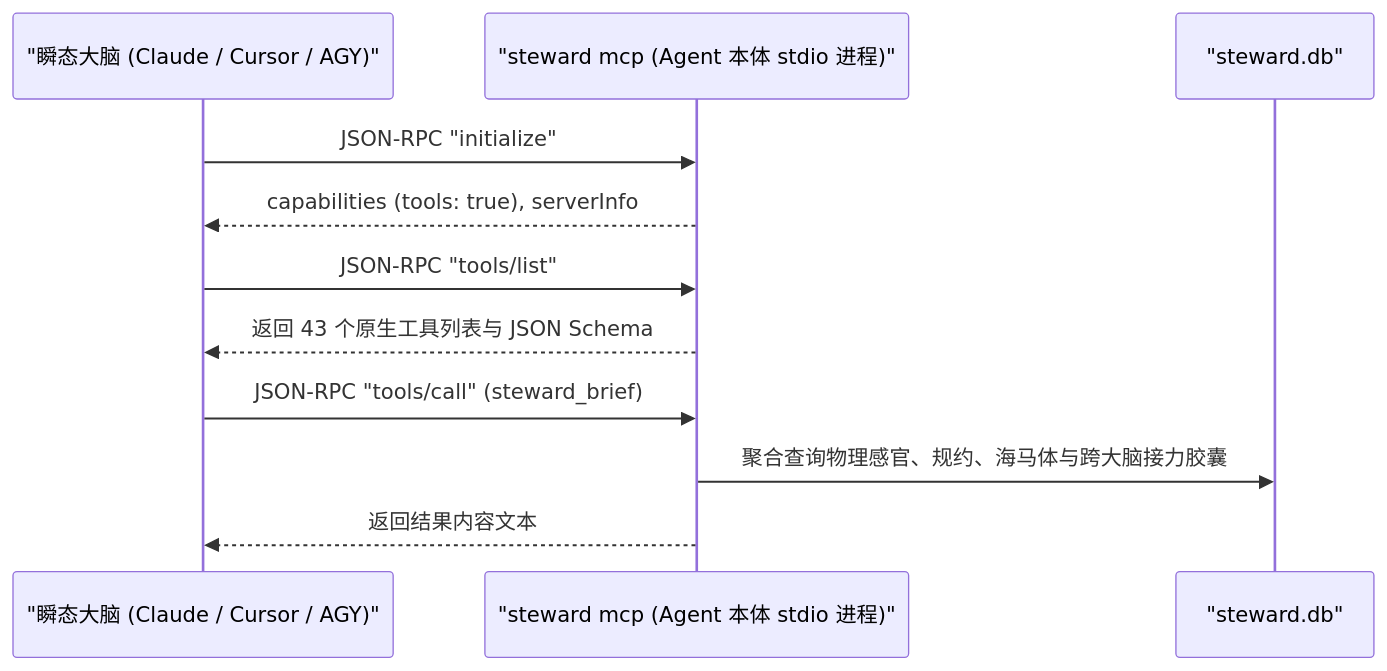
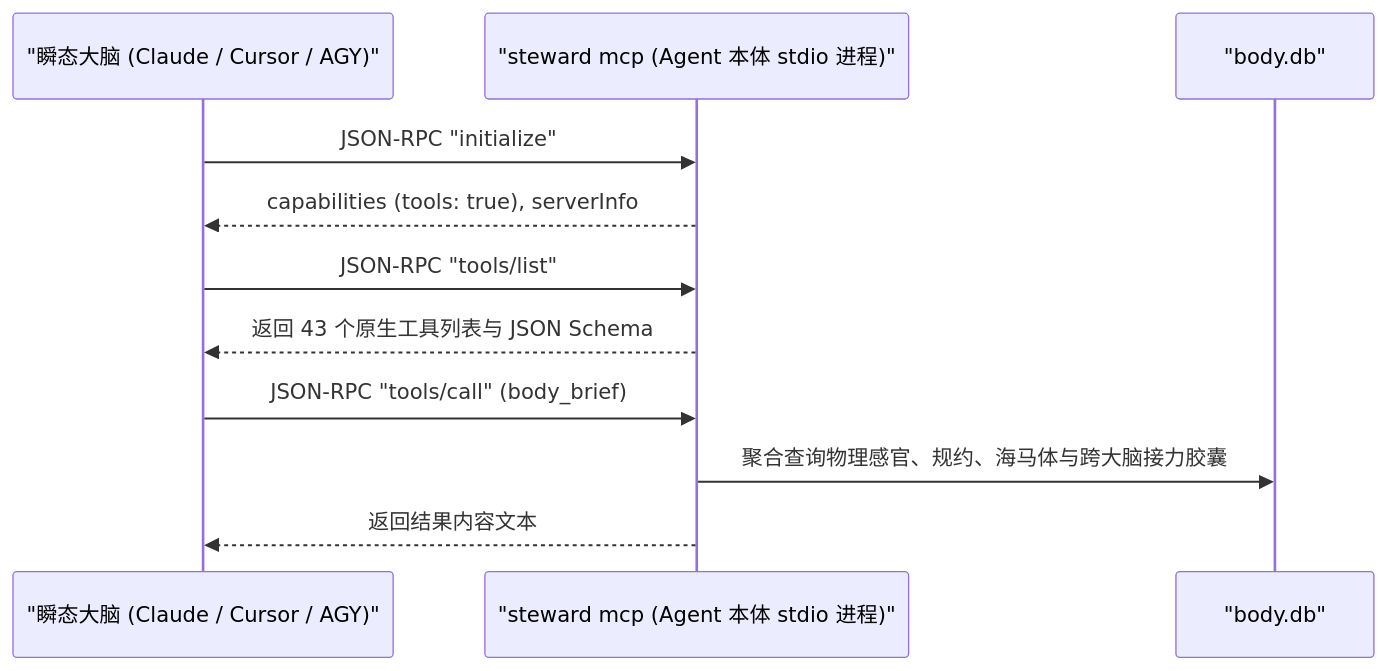
Before and after one commit to digoal/agent-body: the diagram in docs/manual/04-mcp-integration.md, drawn with Mermaid. The commit also changed other lines of this file and 111 other files, not shown here.

Commit message:
feat: rename project to agent-body across code, 43 MCP tools, Web UI, Hooks, Mesh, SKILLs, HTML & docs (#31)

````diff
--- a/docs/manual/04-mcp-integration.md
+++ b/docs/manual/04-mcp-integration.md
@@ -11,14 +11,14 @@
 ```mermaid
 sequenceDiagram
     participant Agent as "瞬态大脑 (Claude / Cursor / AGY)"
     participant Steward as "steward mcp (Agent 本体 stdio 进程)"
-    participant SQLite as "steward.db"
+    participant SQLite as "body.db"
 
     Agent->>Steward: JSON-RPC "initialize"
     Steward-->>Agent: capabilities (tools: true), serverInfo
     Agent->>Steward: JSON-RPC "tools/list"
     Steward-->>Agent: 返回 43 个原生工具列表与 JSON Schema
-    Agent->>Steward: JSON-RPC "tools/call" (steward_brief)
+    Agent->>Steward: JSON-RPC "tools/call" (body_brief)
     Steward->>SQLite: 聚合查询物理感官、规约、海马体与跨大脑接力胶囊
     Steward-->>Agent: 返回结果内容文本
 ```
````
